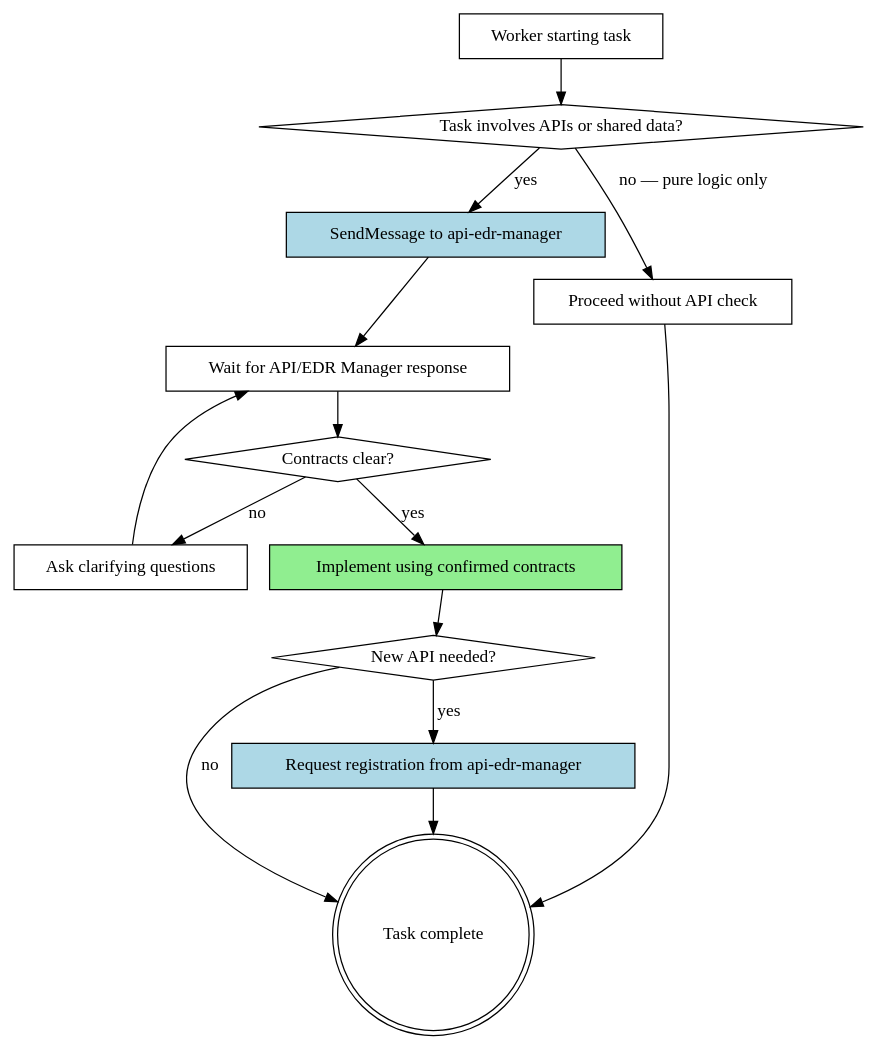
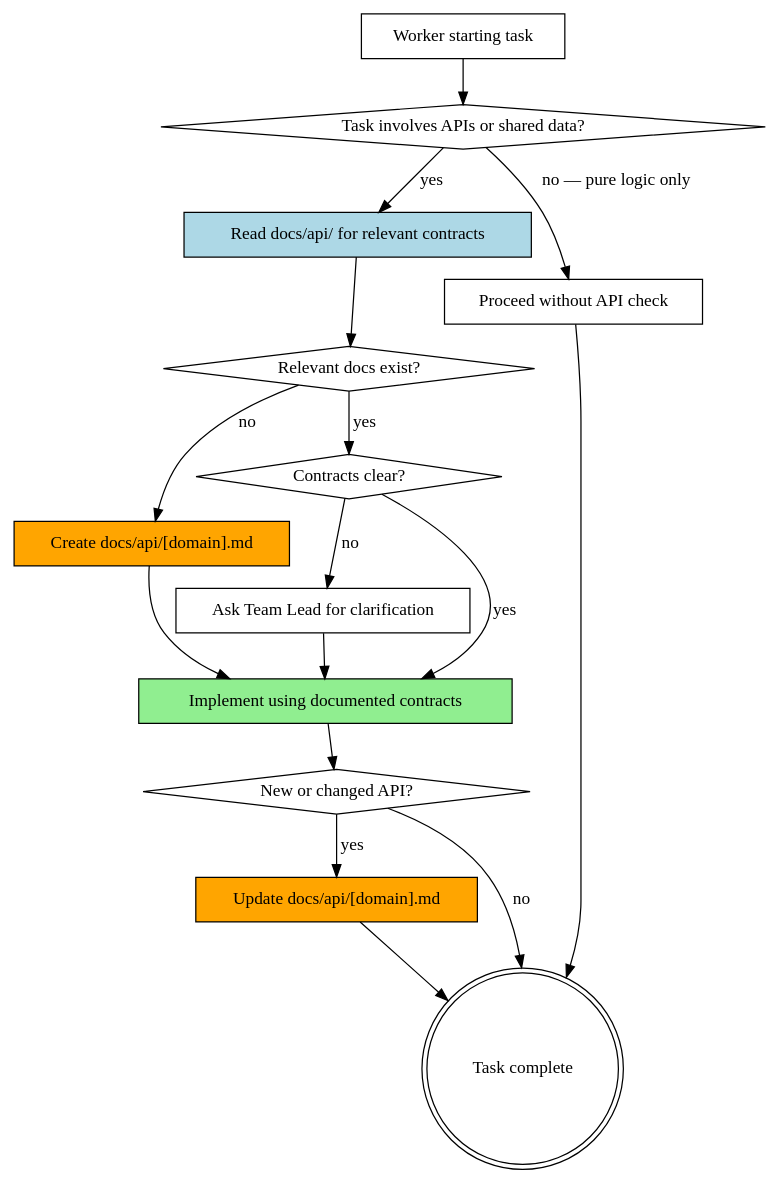
One commit to Sonbbal/superpowers changed the diagram in skills/api-edr-validation/SKILL.md. Above: the diagram before and after it, drawn with Graphviz. The commit also changed other lines of this file and 43 other files, not shown here.

First line of the commit message:
feat: v2 upgrade — add /optimize-api-docs command, enhance audit-agent API verification, remove api-edr-manager

````diff
--- a/skills/api-edr-validation/SKILL.md
+++ b/skills/api-edr-validation/SKILL.md
@@ -27,29 +39,32 @@
 ```dot
 digraph validation {
     "Worker starting task" [shape=box];
     "Task involves APIs or shared data?" [shape=diamond];
-    "SendMessage to api-edr-manager" [shape=box style=filled fillcolor=lightblue];
-    "Wait for API/EDR Manager response" [shape=box];
+    "Read docs/api/ for relevant contracts" [shape=box style=filled fillcolor=lightblue];
+    "Relevant docs exist?" [shape=diamond];
+    "Create docs/api/[domain].md" [shape=box style=filled fillcolor=orange];
     "Contracts clear?" [shape=diamond];
-    "Ask clarifying questions" [shape=box];
-    "Implement using confirmed contracts" [shape=box style=filled fillcolor=lightgreen];
+    "Ask Team Lead for clarification" [shape=box];
+    "Implement using documented contracts" [shape=box style=filled fillcolor=lightgreen];
     "Proceed without API check" [shape=box];
-    "New API needed?" [shape=diamond];
-    "Request registration from api-edr-manager" [shape=box style=filled fillcolor=lightblue];
+    "New or changed API?" [shape=diamond];
+    "Update docs/api/[domain].md" [shape=box style=filled fillcolor=orange];
 
     "Worker starting task" -> "Task involves APIs or shared data?";
-    "Task involves APIs or shared data?" -> "SendMessage to api-edr-manager" [label="yes"];
+    "Task involves APIs or shared data?" -> "Read docs/api/ for relevant contracts" [label="yes"];
     "Task involves APIs or shared data?" -> "Proceed without API check" [label="no — pure logic only"];
-    "SendMessage to api-edr-manager" -> "Wait for API/EDR Manager response";
-    "Wait for API/EDR Manager response" -> "Contracts clear?";
-    "Contracts clear?" -> "Implement using confirmed contracts" [label="yes"];
-    "Contracts clear?" -> "Ask clarifying questions" [label="no"];
-    "Ask clarifying questions" -> "Wait for API/EDR Manager response";
-    "Implement using confirmed contracts" -> "New API needed?";
-    "New API needed?" -> "Request registration from api-edr-manager" [label="yes"];
-    "New API needed?" -> "Task complete" [label="no"];
+    "Read docs/api/ for relevant contracts" -> "Relevant docs exist?";
+    "Relevant docs exist?" -> "Contracts clear?" [label="yes"];
+    "Relevant docs exist?" -> "Create docs/api/[domain].md" [label="no"];
+    "Create docs/api/[domain].md" -> "Implement using documented contracts";
+    "Contracts clear?" -> "Implement using documented contracts" [label="yes"];
+    "Contracts clear?" -> "Ask Team Lead for clarification" [label="no"];
+    "Ask Team Lead for clarification" -> "Implement using documented contracts";
+    "Implement using documented contracts" -> "New or changed API?";
+    "New or changed API?" -> "Update docs/api/[domain].md" [label="yes"];
+    "New or changed API?" -> "Task complete" [label="no"];
     "Proceed without API check" -> "Task complete";
-    "Request registration from api-edr-manager" -> "Task complete";
+    "Update docs/api/[domain].md" -> "Task complete";
     "Task complete" [shape=doublecircle];
 }
 ```
````
